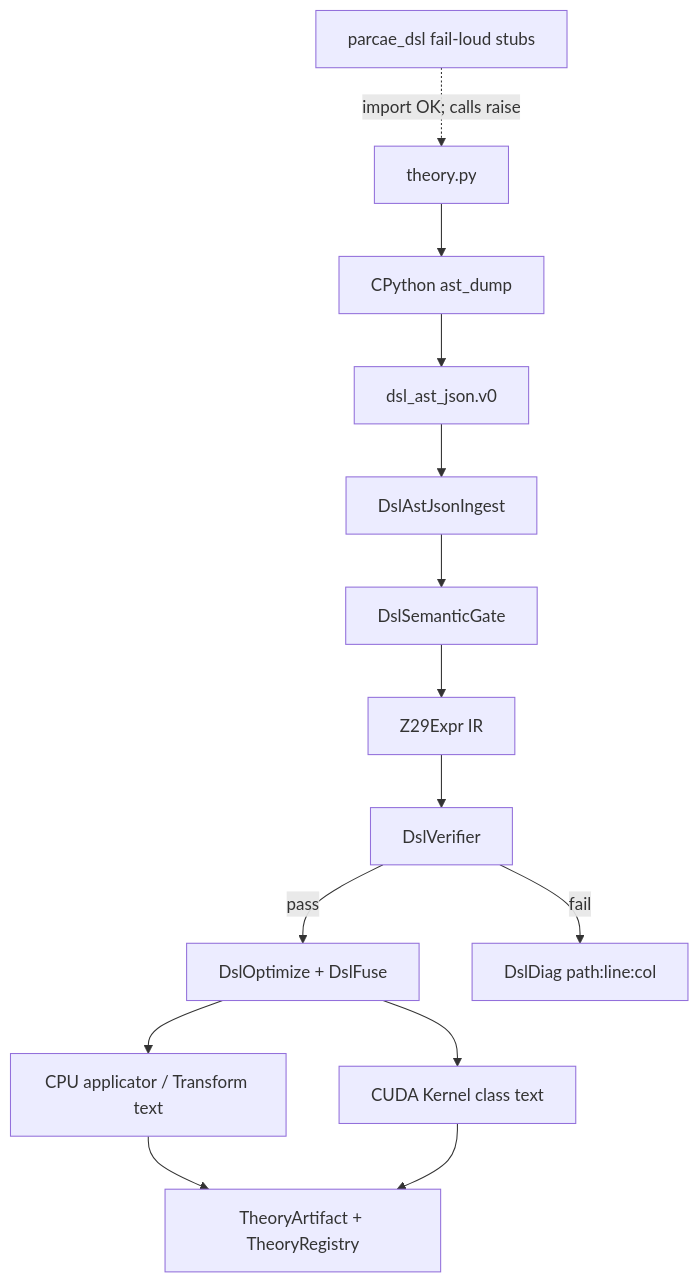
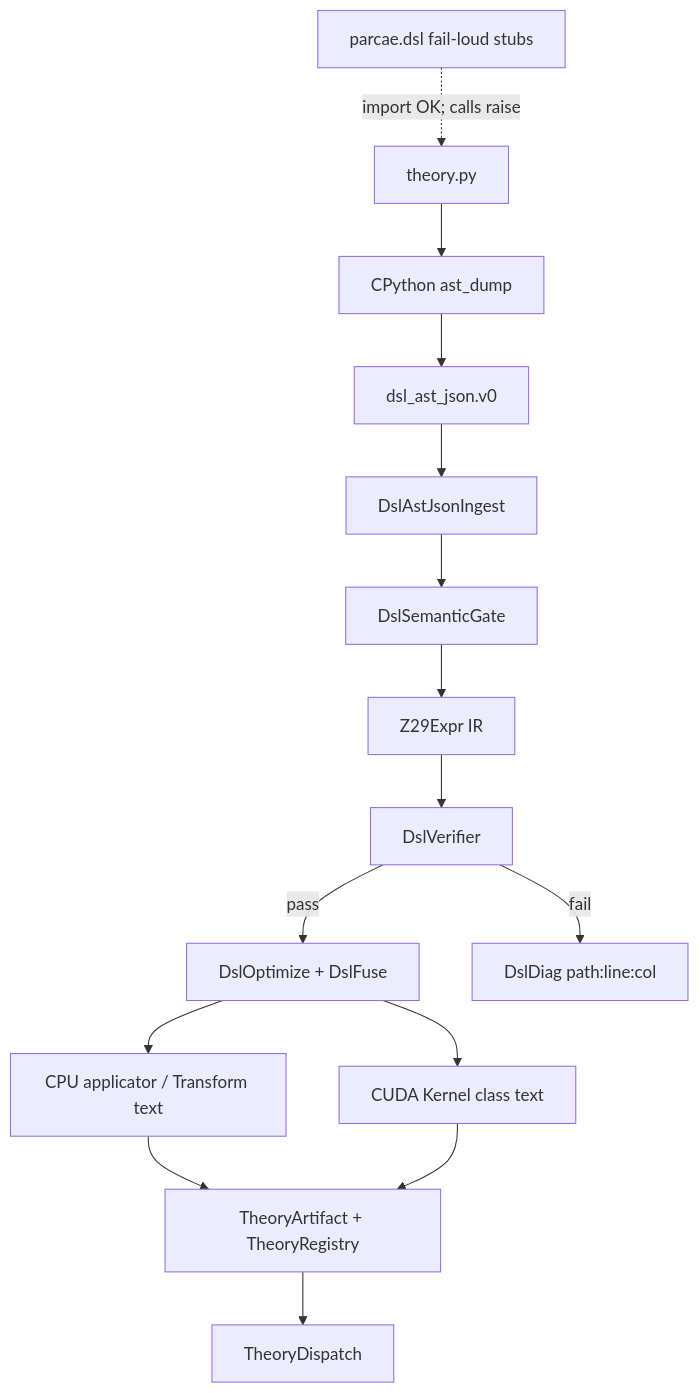
One commit to ToldByNun/Parcae changed the diagram in docs/architecture/python-transpiler.md. Above: the diagram before and after it, drawn with Mermaid. The commit also changed other lines of this file and 5 other files, not shown here.

First line of the commit message:
Document theory DSL compiler flow

````diff
--- a/docs/architecture/python-transpiler.md
+++ b/docs/architecture/python-transpiler.md
@@ -63,23 +69,25 @@
 ```mermaid
 flowchart TB
   src["theory.py"]
-  stubs["parcae_dsl fail-loud stubs"]
+  stubs["parcae.dsl fail-loud stubs"]
   dump["CPython ast_dump"]
   json["dsl_ast_json.v0"]
   ingest["DslAstJsonIngest"]
   gate["DslSemanticGate"]
   ir["Z29Expr IR"]
   verify["DslVerifier"]
   opt["DslOptimize + DslFuse"]
   cpu["CPU applicator / Transform text"]
   cuda["CUDA Kernel class text"]
   art["TheoryArtifact + TheoryRegistry"]
+  dispatch["TheoryDispatch"]
 
   stubs -.->|"import OK; calls raise"| src
   src --> dump --> json --> ingest --> gate --> ir --> verify
   verify -->|fail| diag["DslDiag path:line:col"]
   verify -->|pass| opt --> cpu
   opt --> cuda
   cpu --> art
   cuda --> art
+  art --> dispatch
 ```
````
